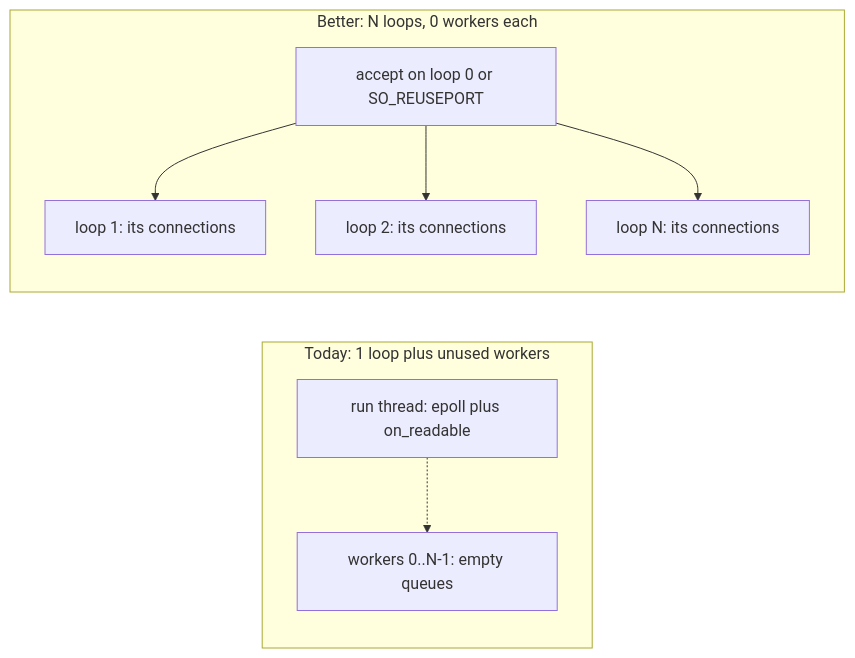
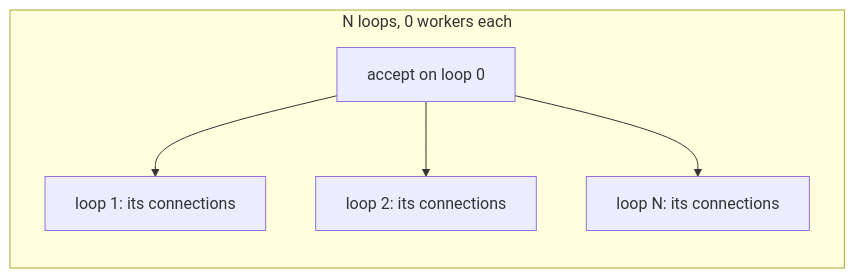
Before and after one commit to hoche/libspaznet: the diagram in docs/reactor-threading.md, drawn with Mermaid. The commit also changed other lines of this file and 17 other files, not shown here.

First line of the commit message:
feat: scale reactor I/O with N independent loops (accept-and-shard)

````diff
--- a/docs/reactor-threading.md
+++ b/docs/reactor-threading.md
@@ -55,17 +44,12 @@
 ```mermaid
 flowchart LR
-  subgraph today [Today: 1 loop plus unused workers]
-    L0["run thread: epoll plus on_readable"]
-    W["workers 0..N-1: empty queues"]
-    L0 -.-> W
-  end
-  subgraph multi [Better: N loops, 0 workers each]
-    A["accept on loop 0 or SO_REUSEPORT"]
+  subgraph multi [N loops, 0 workers each]
+    A["accept on loop 0"]
     L1["loop 1: its connections"]
     L2["loop 2: its connections"]
     Ln["loop N: its connections"]
     A --> L1
     A --> L2
     A --> Ln
   end
 ```
````
